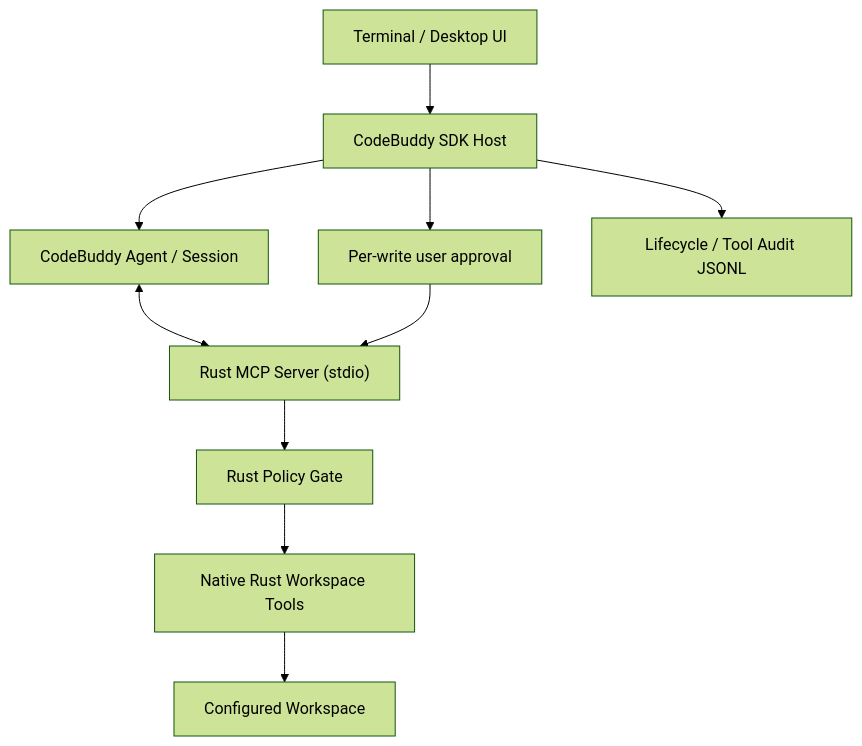
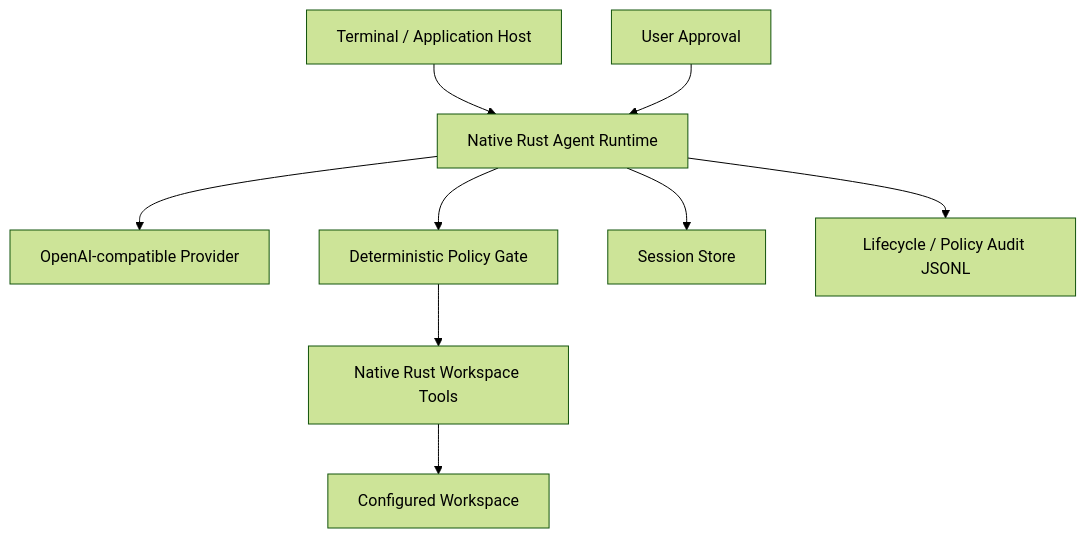
Before and after one commit to devweekly/devweekly.github.io: the diagram in tools/rust-agent/README.md, drawn with Mermaid (forest theme). The commit also changed other lines of this file and 2 other files, not shown here.

Commit message:
Port native sessions context and lifecycle audit

````diff
--- a/tools/rust-agent/README.md
+++ b/tools/rust-agent/README.md
@@ -7,12 +7,11 @@
 ```mermaid
 flowchart TB
-    USER["Terminal / Desktop UI"] --> HOST["CodeBuddy SDK Host"]
-    HOST --> SDK["CodeBuddy Agent / Session"]
-    SDK <--> MCP["Rust MCP Server (stdio)"]
-    MCP --> POLICY["Rust Policy Gate"]
+    USER["Terminal / Application Host"] --> RUNTIME["Native Rust Agent Runtime"]
+    RUNTIME --> PROVIDER["OpenAI-compatible Provider"]
+    RUNTIME --> POLICY["Deterministic Policy Gate"]
     POLICY --> TOOLS["Native Rust Workspace Tools"]
     TOOLS --> WS["Configured Workspace"]
-    HOST --> APPROVAL["Per-write user approval"]
-    APPROVAL --> MCP
-    HOST --> AUDIT["Lifecycle / Tool Audit JSONL"]
+    RUNTIME --> SESSION["Session Store"]
+    RUNTIME --> AUDIT["Lifecycle / Policy Audit JSONL"]
+    APPROVAL["User Approval"] --> RUNTIME
 ```
````
